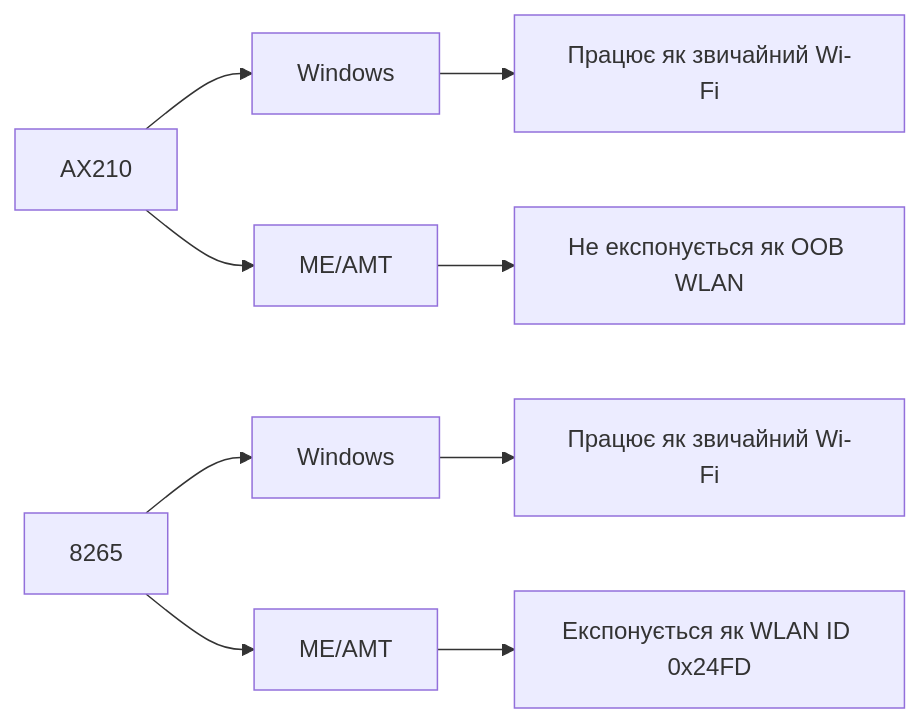
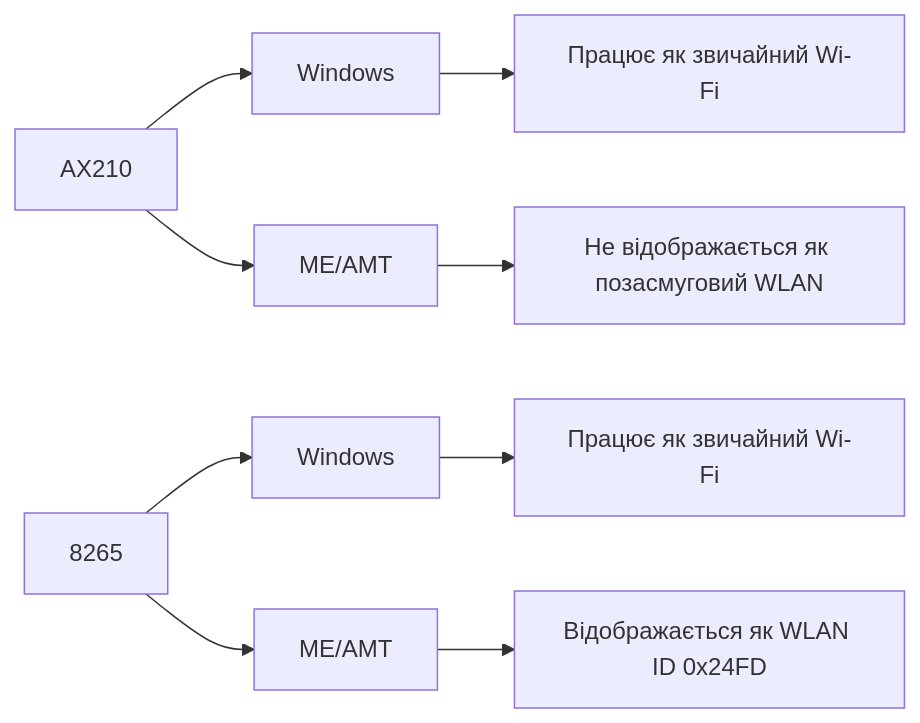
Before and after one commit to Tarasevych/hp-elitebook-840-g5-ax210-amt-wifi-compatibility-Ukrainian: the diagram in docs/підсумок-доказів.md, drawn with Mermaid. The commit also changed other lines of this file and 22 other files, not shown here.

````diff
--- a/docs/підсумок-доказів.md
+++ b/docs/підсумок-доказів.md
@@ -16,12 +16,12 @@
 ```mermaid
 flowchart LR
     A["AX210"] --> B["Windows"]
     A --> C["ME/AMT"]
     B --> D["Працює як звичайний Wi-Fi"]
-    C --> E["Не експонується як OOB WLAN"]
+    C --> E["Не відображається як позасмуговий WLAN"]
 
     F["8265"] --> G["Windows"]
     F --> H["ME/AMT"]
     G --> I["Працює як звичайний Wi-Fi"]
-    H --> J["Експонується як WLAN ID 0x24FD"]
+    H --> J["Відображається як WLAN ID 0x24FD"]
 ```
````
